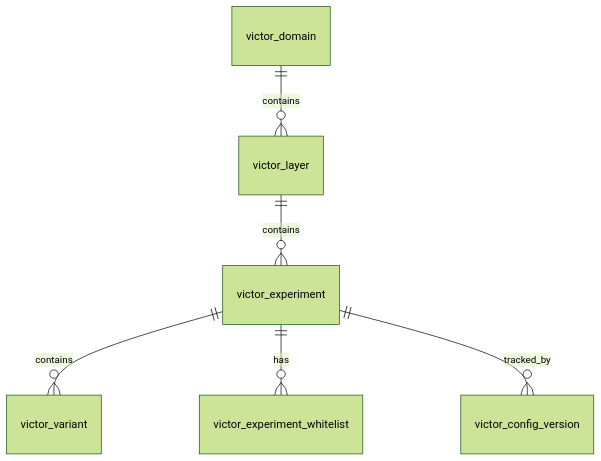
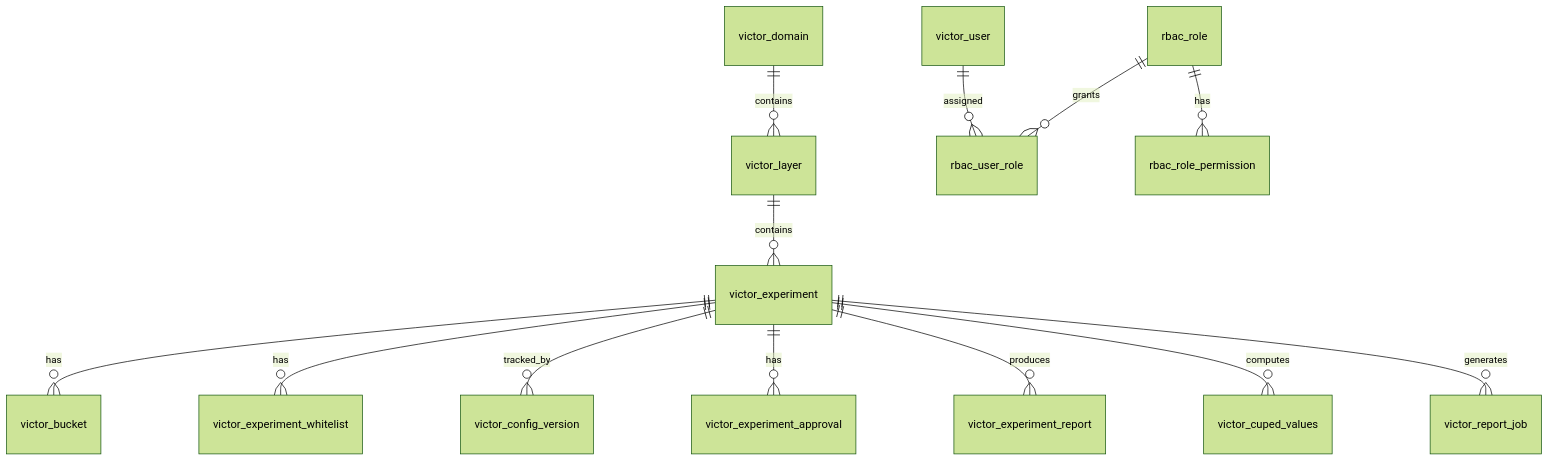
One commit to HiCooper/gate-flow changed the first of 5 diagrams in docs/docs-site/dev/ab-system/data-model.md. Above: the diagram before and after it, drawn with Mermaid (forest theme). The commit also changed other lines of this file and 30 other files, not shown here.

````diff
--- a/docs/docs-site/dev/ab-system/data-model.md
+++ b/docs/docs-site/dev/ab-system/data-model.md
@@ -7,8 +7,15 @@
 ```mermaid
 erDiagram
     victor_domain ||--o{ victor_layer : contains
     victor_layer ||--o{ victor_experiment : contains
-    victor_experiment ||--o{ victor_variant : contains
+    victor_experiment ||--o{ victor_bucket : has
     victor_experiment ||--o{ victor_experiment_whitelist : has
     victor_experiment ||--o{ victor_config_version : tracked_by
+    victor_experiment ||--o{ victor_experiment_approval : has
+    victor_experiment ||--o{ victor_experiment_report : produces
+    victor_experiment ||--o{ victor_cuped_values : computes
+    victor_experiment ||--o{ victor_report_job : generates
+    victor_user ||--o{ rbac_user_role : assigned
+    rbac_role ||--o{ rbac_user_role : grants
+    rbac_role ||--o{ rbac_role_permission : has
 ```
````
